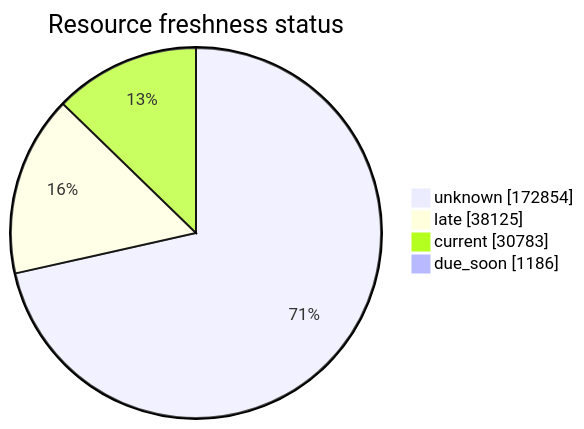
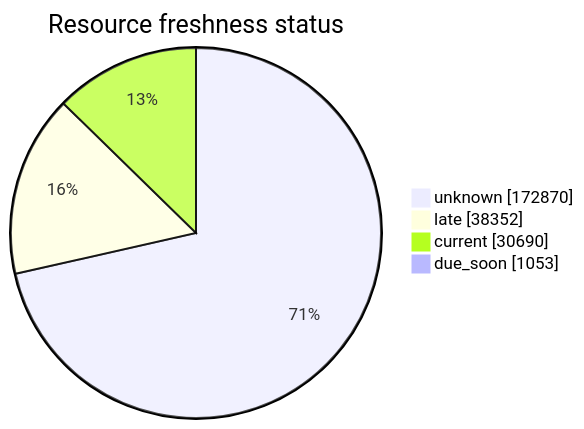
One commit to open-data/analytics-corporate-reporting changed the third of 5 diagrams in FreshCheck/README.md. Above: the diagram before and after it, drawn with Mermaid. The commit also changed other lines of this file and 3 other files, not shown here.

````diff
--- a/FreshCheck/README.md
+++ b/FreshCheck/README.md
@@ -77,7 +77,7 @@
 ```mermaid
 pie showData title Resource freshness status
-    "unknown": 172854
-    "late": 38125
-    "current": 30783
-    "due_soon": 1186
+    "unknown": 172870
+    "late": 38352
+    "current": 30690
+    "due_soon": 1053
 ```
````
